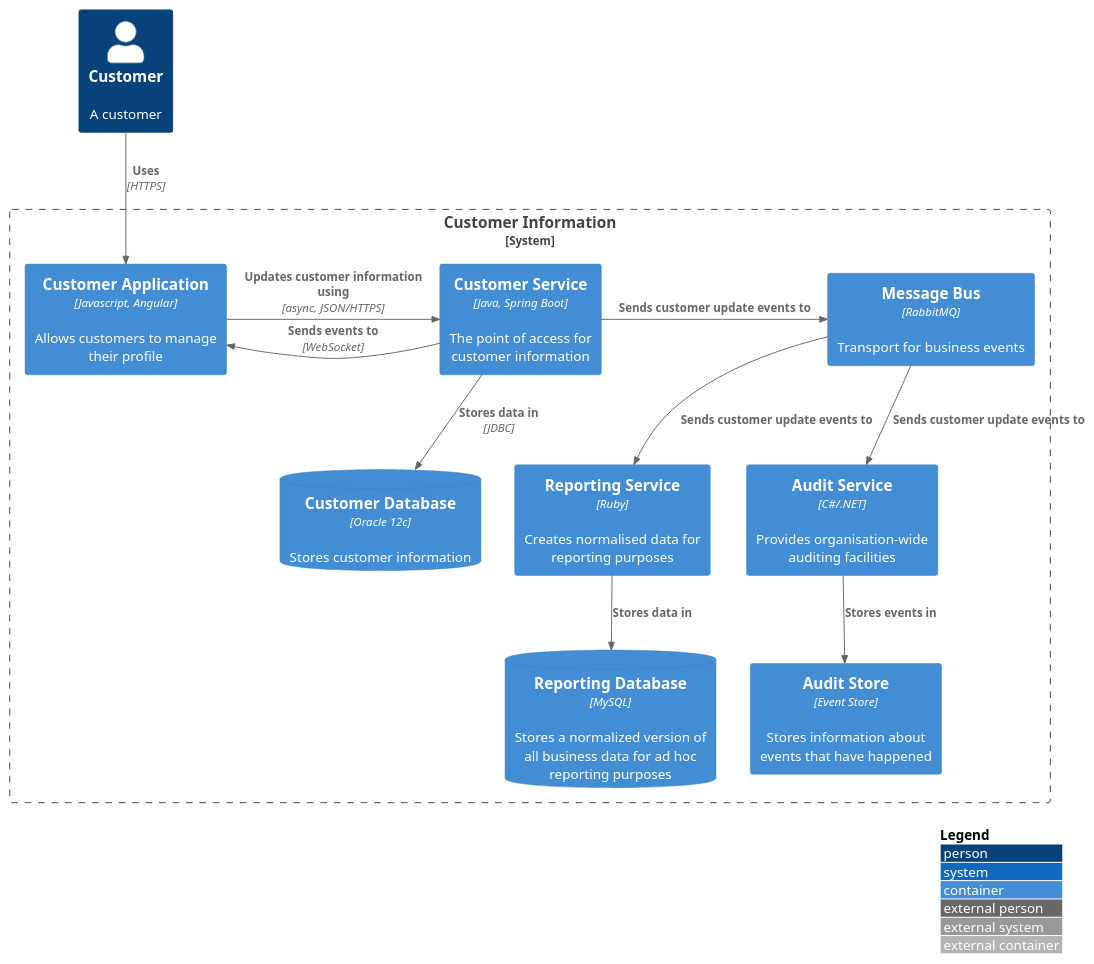
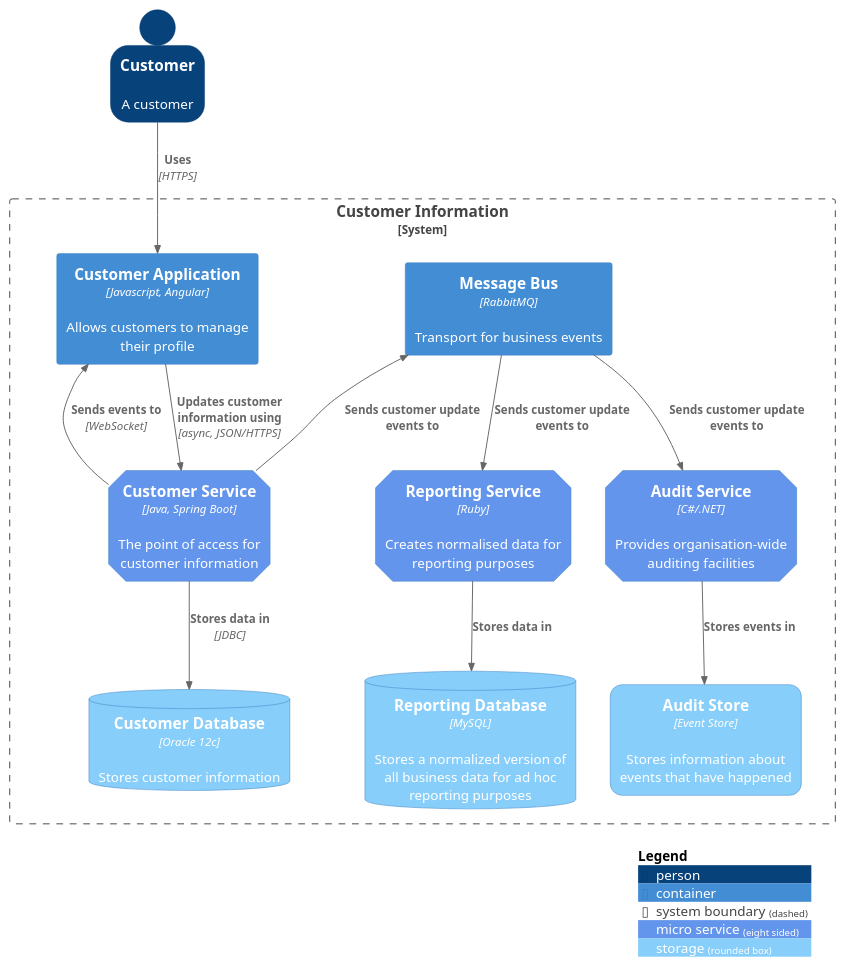
Before and after one commit to plantuml-stdlib/C4-PlantUML: the diagram in samples/C4_Container Diagram Sample - message bus.puml, drawn with PlantUML. The commit also changed 3 other files, not shown here.

Commit message:
#145: Support rounded-box and eight-sided shapes

```diff
--- a/samples/C4_Container Diagram Sample - message bus.puml
+++ b/samples/C4_Container Diagram Sample - message bus.puml
@@ -1,51 +1,41 @@
 @startuml "messagebus"
 !include https://raw.githubusercontent.com/plantuml-stdlib/C4-PlantUML/master/C4_Container.puml
 ' uncomment the following line and comment the first to use locally
 ' !include C4_Container.puml
 
-skinparam wrapWidth 200
-skinparam maxMessageSize 200
+AddElementTag("micro service", $shape=EightSidedShape(), $bgColor="CornflowerBlue", $fontColor="white")
+AddElementTag("storage", $shape=RoundedBoxShape(), $bgColor="lightSkyBlue", $fontColor="white")
 
-LAYOUT_TOP_DOWN()
-'LAYOUT_AS_SKETCH()
-LAYOUT_WITH_LEGEND()
-
+SHOW_PERSON_OUTLINE()
 
 Person(customer, Customer, "A customer")
 
 System_Boundary(c1, "Customer Information") {
-
     Container(app, "Customer Application", "Javascript, Angular", "Allows customers to manage their profile")
-
-    Container(customer_service, "Customer Service", "Java, Spring Boot", "The point of access for customer information")
-
+    Container(customer_service, "Customer Service", "Java, Spring Boot", "The point of access for customer information", $tags = "micro service")
     Container(message_bus, "Message Bus", "RabbitMQ", "Transport for business events")
-
-    Container(reporting_service, "Reporting Service", "Ruby", "Creates normalised data for reporting purposes")
-
-    Container(audit_service, "Audit Service", "C#/.NET", "Provides organisation-wide auditing facilities")
-
-    ContainerDb(customer_db, "Customer Database", "Oracle 12c", "Stores customer information")
-
-    ContainerDb(reporting_db, "Reporting Database", "MySQL", "Stores a normalized version of all business data for ad hoc reporting purposes")
-
-    Container(audit_store, "Audit Store", "Event Store", "Stores information about events that have happened")
+    Container(reporting_service, "Reporting Service", "Ruby", "Creates normalised data for reporting purposes", $tags = "micro service")
+    Container(audit_service, "Audit Service", "C#/.NET", "Provides organisation-wide auditing facilities", $tags = "micro service")
+    ContainerDb(customer_db, "Customer Database", "Oracle 12c", "Stores customer information", $tags = "storage")
+    ContainerDb(reporting_db, "Reporting Database", "MySQL", "Stores a normalized version of all business data for ad hoc reporting purposes", $tags = "storage")
+    Container(audit_store, "Audit Store", "Event Store", "Stores information about events that have happened", $tags = "storage")
 }
 
-Rel(customer, app, "Uses", "HTTPS")
+Rel_D(customer, app, "Uses", "HTTPS")
 
-Rel_R(app, customer_service, "Updates customer information using", "async, JSON/HTTPS")
+Rel_D(app, customer_service, "Updates customer information using", "async, JSON/HTTPS")
 
-Rel_L(customer_service, app, "Sends events to", "WebSocket")
-Rel_R(customer_service, message_bus, "Sends customer update events to")
+Rel_U(customer_service, app, "Sends events to", "WebSocket")
+Rel_U(customer_service, message_bus, "Sends customer update events to")
 Rel(customer_service, customer_db, "Stores data in", "JDBC")
 
 Rel(message_bus, reporting_service, "Sends customer update events to")
 Rel(message_bus, audit_service, "Sends customer update events to")
 
 Rel(reporting_service, reporting_db, "Stores data in")
 Rel(audit_service, audit_store, "Stores events in")
 
 Lay_R(reporting_service, audit_service)
 
+SHOW_LEGEND()
 @enduml
```
